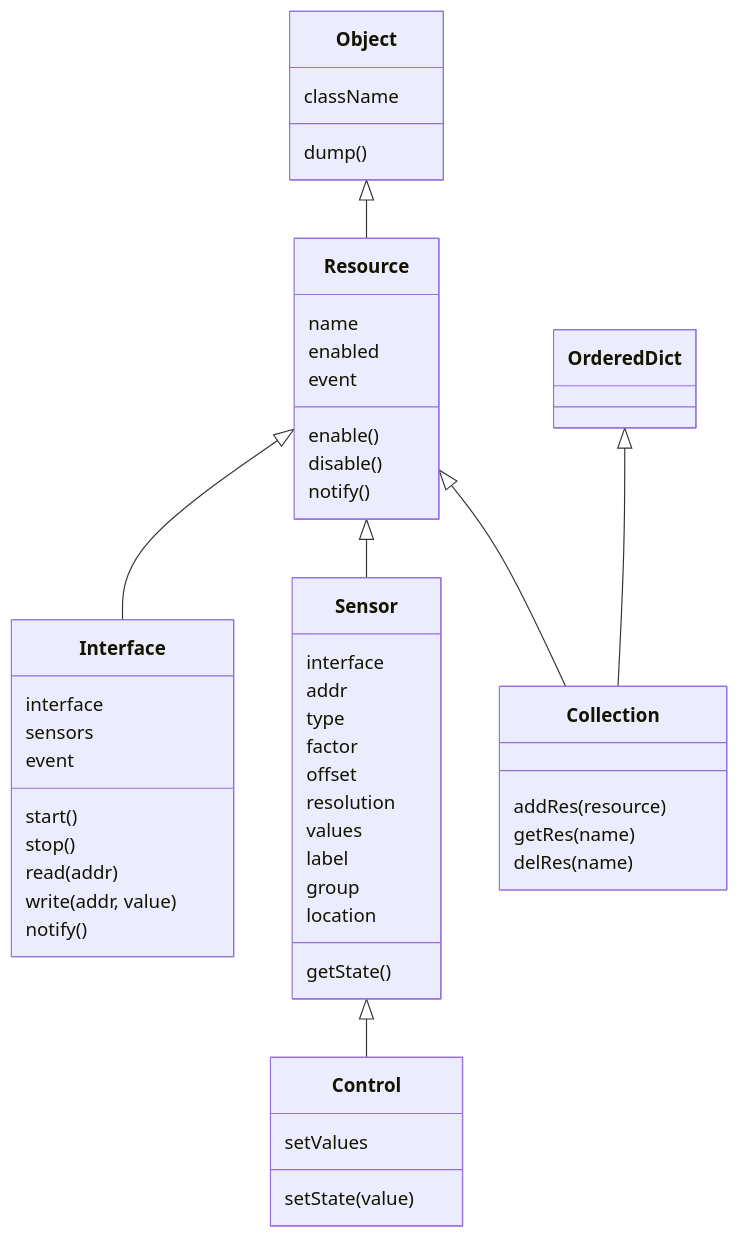
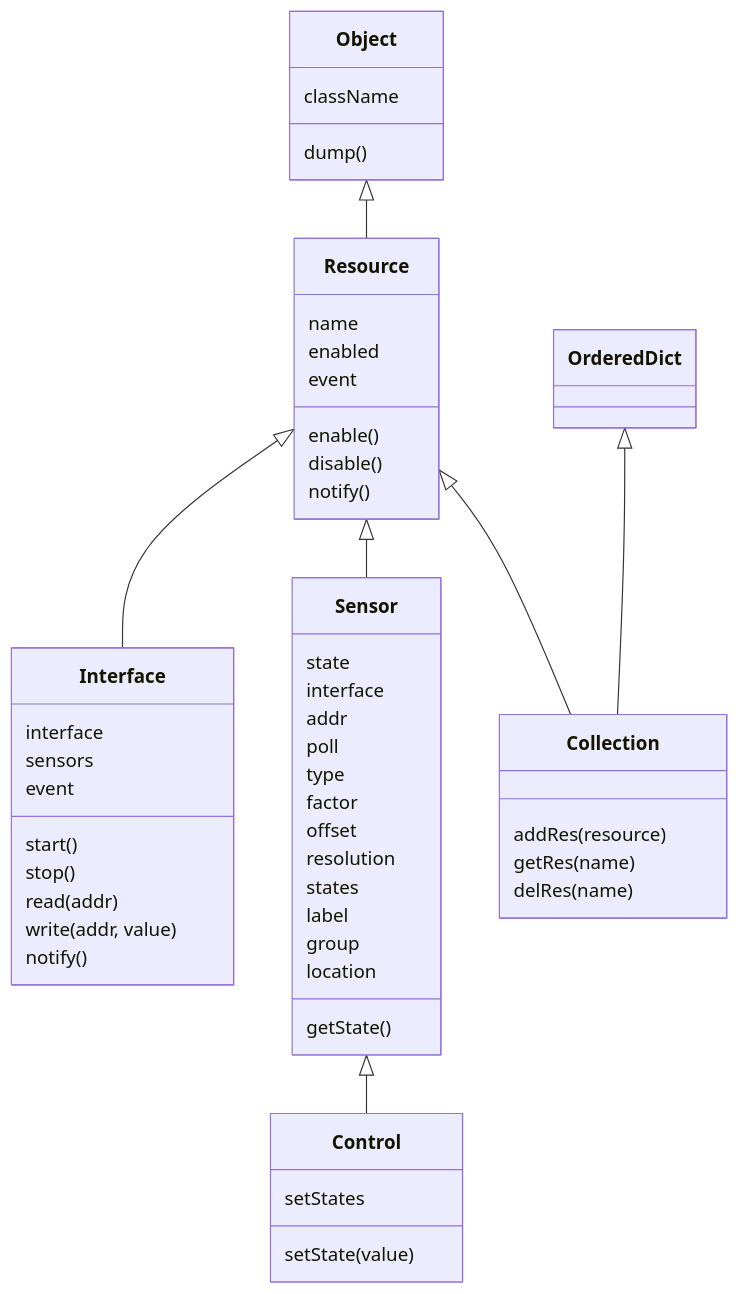
One commit to jbuehl/homealone changed the first of 2 diagrams in docs/README.model.md. Above: the diagram before and after it, drawn with Mermaid. The commit also changed other lines of this file and 8 other files, not shown here.

Commit message:
Define enum states in Sensor objects. Clean up state value units.

````diff
--- a/docs/README.model.md
+++ b/docs/README.model.md
@@ -38,41 +38,43 @@
 ```mermaid
 classDiagram
 	Object <|-- Resource
-	Resource <|--Interface
-	Resource <|--Sensor
+	Resource <|-- Interface
+	Resource <|-- Sensor
 	Sensor <|-- Control
-	Resource <|--Collection
-	OrderedDict <|--Collection
+	Resource <|-- Collection
+	OrderedDict <|-- Collection
 	Object: className
 	Object: dump()
 	Resource: name
 	Resource: enabled
 	Resource: event
 	Resource: enable()
 	Resource: disable()
 	Resource: notify()
 	Interface: interface
 	Interface: sensors
 	Interface: event
 	Interface: start()
 	Interface: stop()
 	Interface: read(addr)
 	Interface: write(addr, value)
 	Interface: notify()
-	Sensor: interface
-	Sensor: addr
+    Sensor: state
+    Sensor: interface
+    Sensor: addr
+    Sensor: poll
 	Sensor: type
     Sensor: factor
     Sensor: offset
     Sensor: resolution
-    Sensor: values
+    Sensor: states
 	Sensor: label
 	Sensor: group
 	Sensor: location
 	Sensor: getState()
-    Control: setValues
+    Control: setStates
 	Control: setState(value)
 	Collection: addRes(resource)
 	Collection: getRes(name)
 	Collection: delRes(name)
 ```
````
